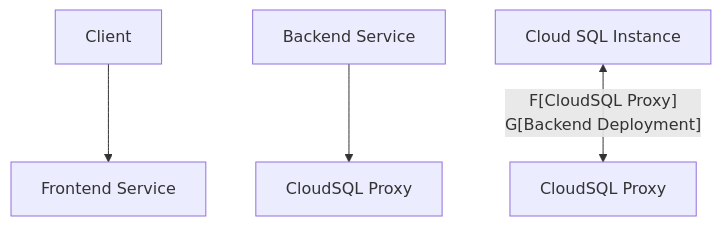
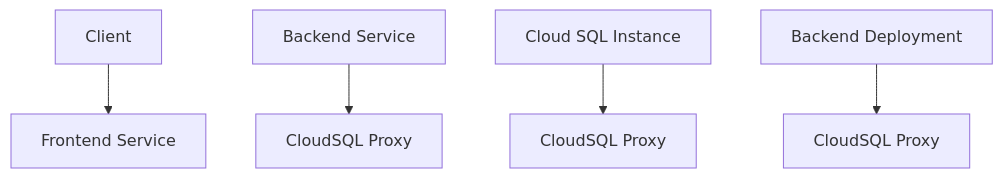
The first of 2 diagrams in README.md (Hacka25/webapp), drawn with Mermaid before and after one commit.

````diff
--- a/README.md
+++ b/README.md
@@ -14,7 +14,7 @@
 ```mermaid
 graph TD
   A[Client] --> B[Frontend Service]
   C[Backend Service] --> D[CloudSQL Proxy]
-  E[Cloud SQL Instance] <-- F[CloudSQL Proxy]
+  E[Cloud SQL Instance] --> F[CloudSQL Proxy]
   G[Backend Deployment] --> H[CloudSQL Proxy]
 ```
````
